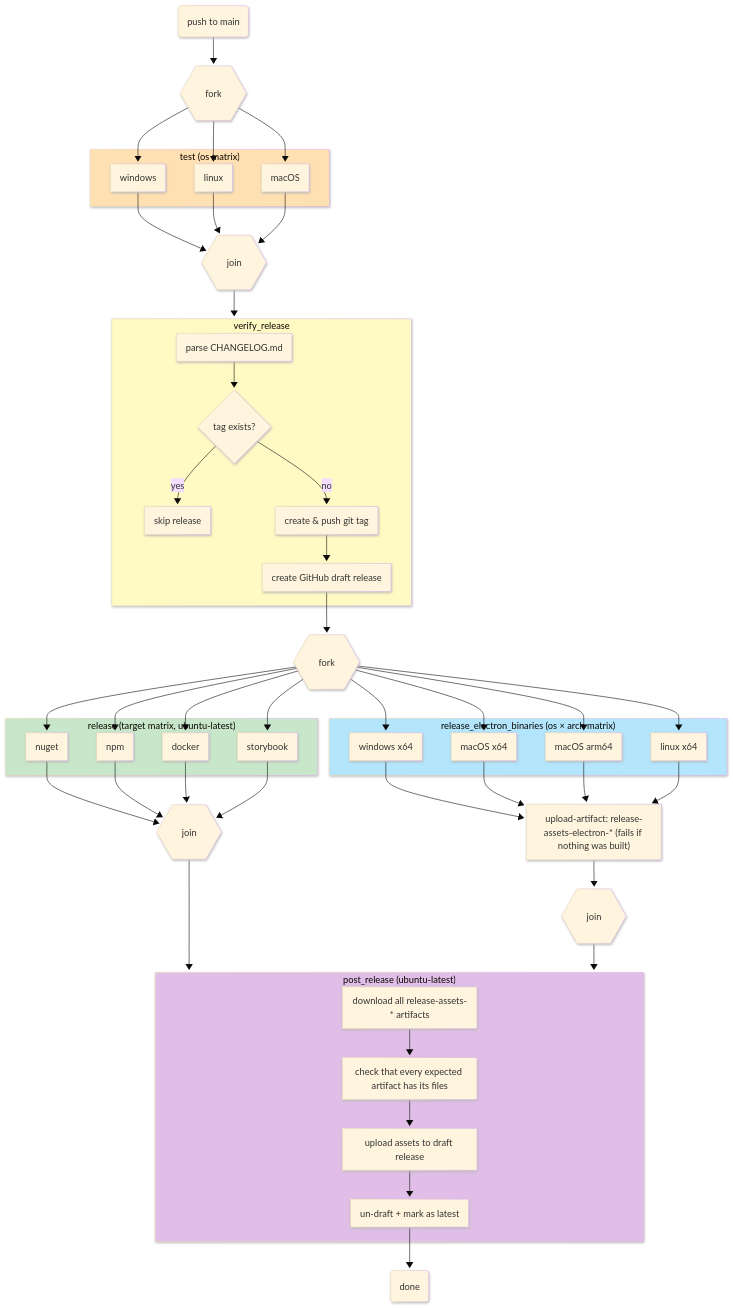
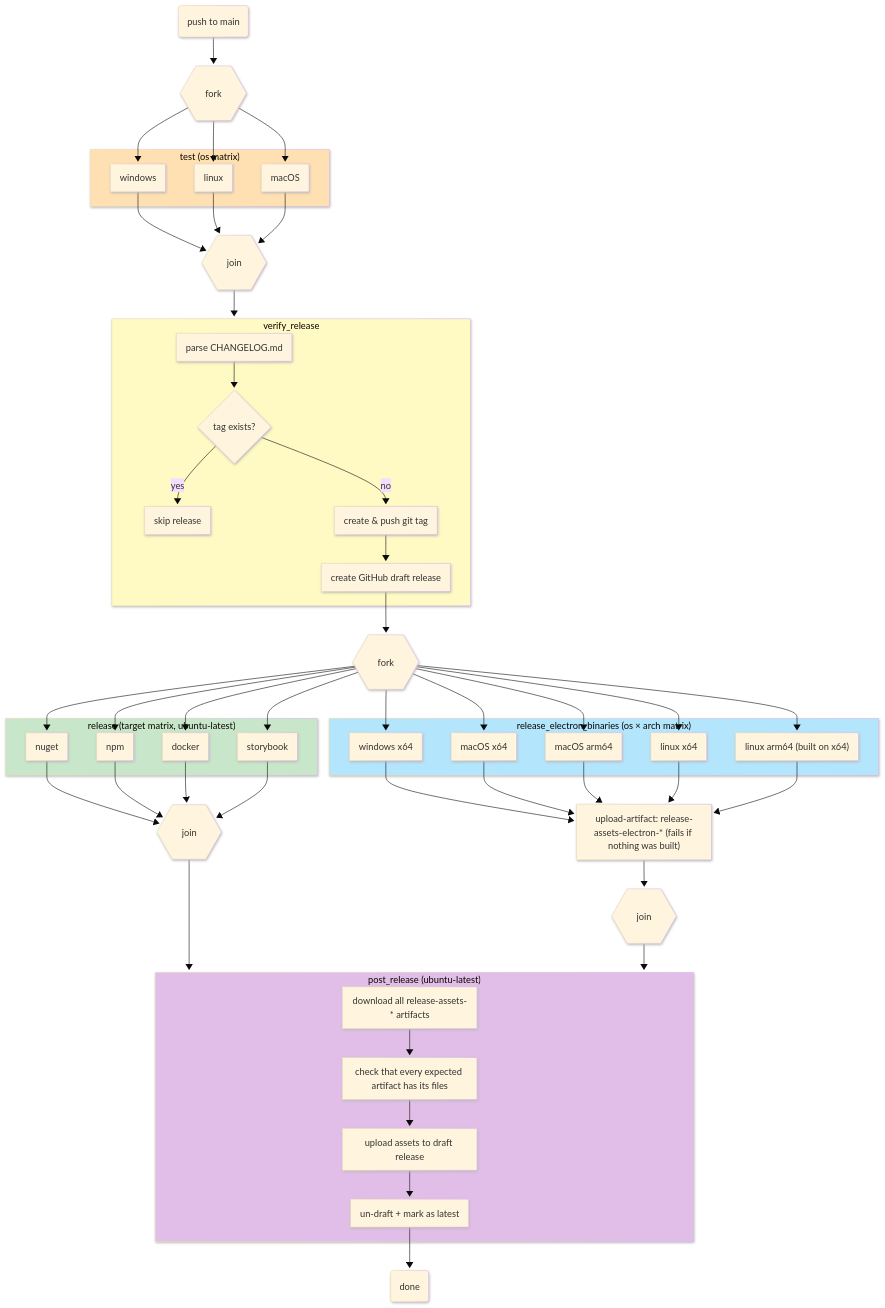
The first of 2 diagrams in docs/maintainer/README.md (nfdi4plants/ARCitISA), drawn with Mermaid (base theme) before and after one commit. The commit also changed other lines of this file, not shown here.

Commit message:
update the release diagram to make.cjs and electron-builder, add the Linux arm64 build

````diff
--- a/docs/maintainer/README.md
+++ b/docs/maintainer/README.md
@@ -9,73 +9,74 @@
 ```mermaid
 ---
 config:
   look: neo
   layout: dagre
 ---
 flowchart TD
     commit("push to main") --> test-fork{{"fork"}}
 
     subgraph test["test (os matrix)"]
         t-win["windows"]
         t-linux["linux"]
         t-mac["macOS"]
     end
 
     test-fork --> t-win & t-linux & t-mac
     t-win & t-linux & t-mac --> test-join{{"join"}}
     test-join --> verify
 
     subgraph verify["verify_release"]
         v-parse["parse CHANGELOG.md"]
         v-check{"tag exists?"}
         v-skip["skip release"]
         v-tag["create & push git tag"]
         v-draft["create GitHub draft release"]
         v-parse --> v-check
         v-check -->|yes| v-skip
         v-check -->|no| v-tag --> v-draft
     end
 
     v-draft --> rel-fork{{"fork"}}
 
     subgraph release["release (target matrix, ubuntu-latest)"]
         r-nuget["nuget"]
         r-npm["npm"]
         r-docker["docker"]
         r-story["storybook"]
     end
 
     subgraph binaries["release_electron_binaries (os × arch matrix)"]
         b-win["windows x64"]
         b-mac-x64["macOS x64"]
         b-mac-arm["macOS arm64"]
         b-linux["linux x64"]
+        b-linux-arm["linux arm64 (built on x64)"]
     end
 
     rel-fork --> r-nuget & r-npm & r-docker & r-story
-    rel-fork --> b-win & b-mac-x64 & b-mac-arm & b-linux
+    rel-fork --> b-win & b-mac-x64 & b-mac-arm & b-linux & b-linux-arm
 
-    b-win & b-mac-x64 & b-mac-arm & b-linux --> art-bin["upload-artifact: release-assets-electron-* (fails if nothing was built)"]
+    b-win & b-mac-x64 & b-mac-arm & b-linux & b-linux-arm --> art-bin["upload-artifact: release-assets-electron-* (fails if nothing was built)"]
 
     r-nuget & r-npm & r-docker & r-story --> rel-join{{"join"}}
     art-bin --> bin-join{{"join"}}
 
     rel-join --> post
     bin-join --> post
 
     subgraph post["post_release (ubuntu-latest)"]
         p-dl["download all release-assets-* artifacts"]
         p-check["check that every expected artifact has its files"]
         p-upload["upload assets to draft release"]
         p-final["un-draft + mark as latest"]
         p-dl --> p-check --> p-upload --> p-final
     end
 
     p-final --> done("done")
 
     style test fill:#FFE0B2
     style verify fill:#FFF9C4
     style release fill:#C8E6C9
     style binaries fill:#B3E5FC
     style post fill:#E1BEE7
 ```
````
